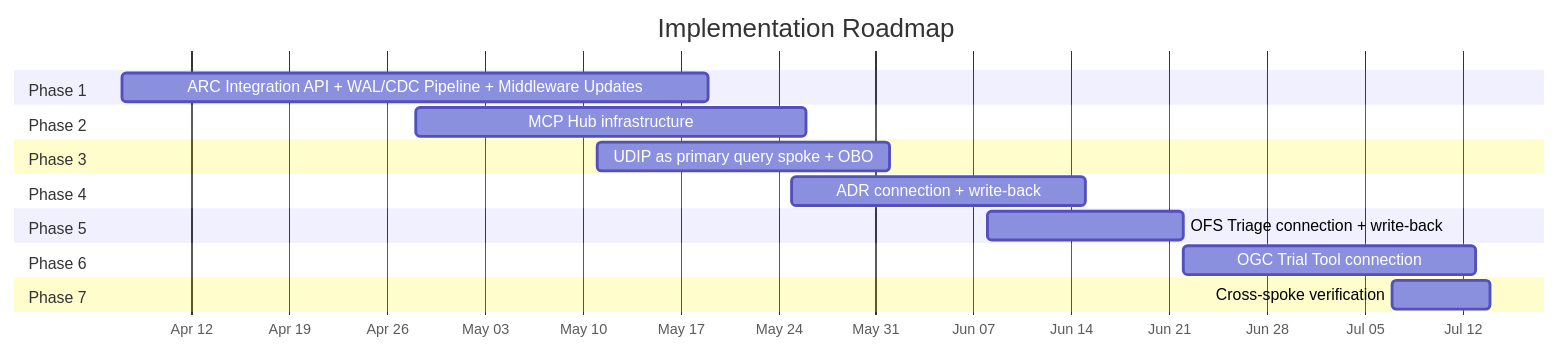
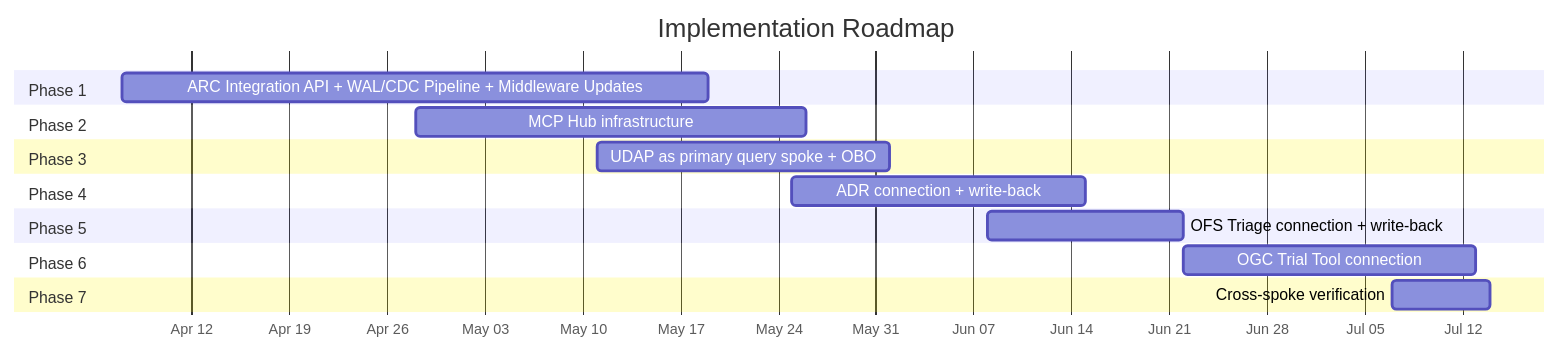
The sixth of 6 diagrams in OCIO_Leadership_Briefing.md (derekcentrico/eeoc-ai-platform-docs), drawn with Mermaid before and after one commit. The commit also changed other lines of this file and 18 other files, not shown here.

Commit message:
Rename UDIP to UDAP (Unified Data Analytics Platform)

````diff
--- a/OCIO_Leadership_Briefing.md
+++ b/OCIO_Leadership_Briefing.md
@@ -332,27 +332,27 @@
 ```mermaid
 gantt
     title Implementation Roadmap
     dateFormat YYYY-MM-DD
     axisFormat %b %d
 
     section Phase 1
     ARC Integration API + WAL/CDC Pipeline + Middleware Updates    :p1, 2026-04-07, 6w
 
     section Phase 2
     MCP Hub infrastructure             :p2, 2026-04-28, 4w
 
     section Phase 3
-    UDIP as primary query spoke + OBO  :p3, 2026-05-11, 3w
+    UDAP as primary query spoke + OBO  :p3, 2026-05-11, 3w
 
     section Phase 4
     ADR connection + write-back        :p4, 2026-05-25, 3w
 
     section Phase 5
     OFS Triage connection + write-back :p5, 2026-06-08, 2w
 
     section Phase 6
     OGC Trial Tool connection          :p6, 2026-06-22, 3w
 
     section Phase 7
     Cross-spoke verification           :p7, 2026-07-07, 1w
 ```
````
